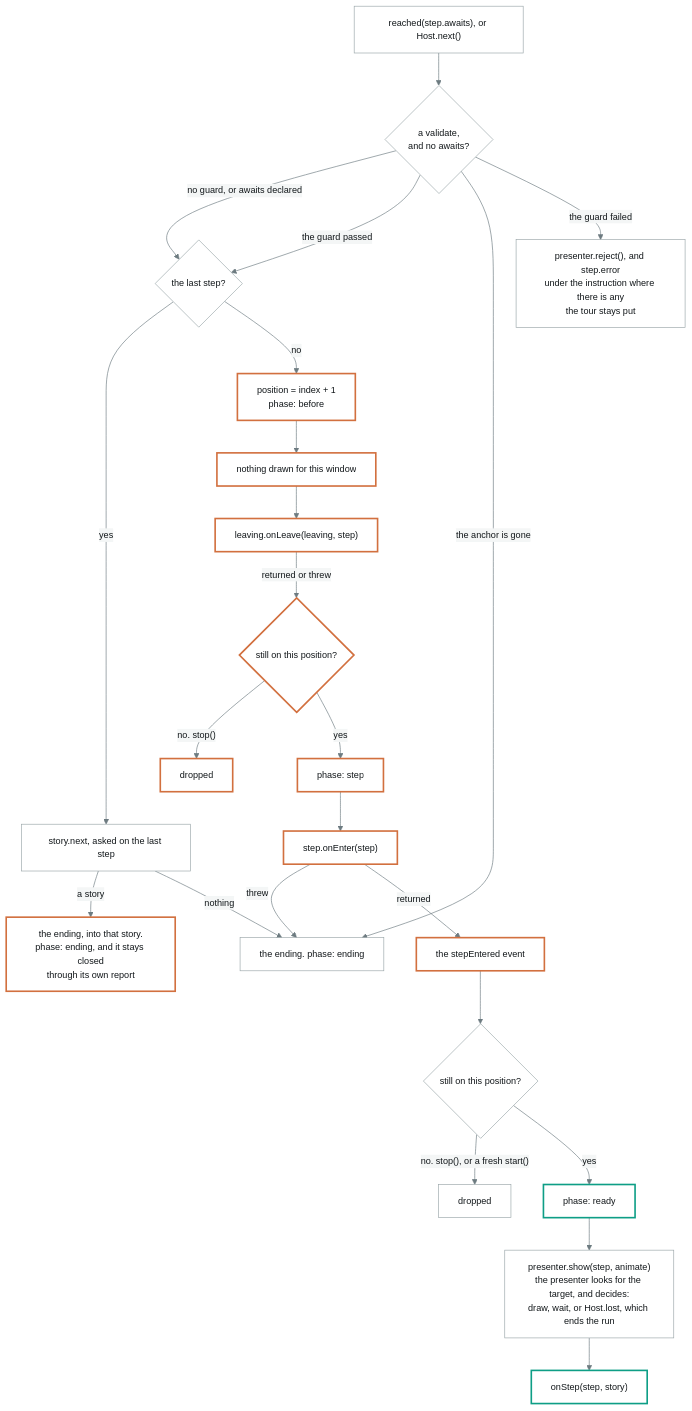
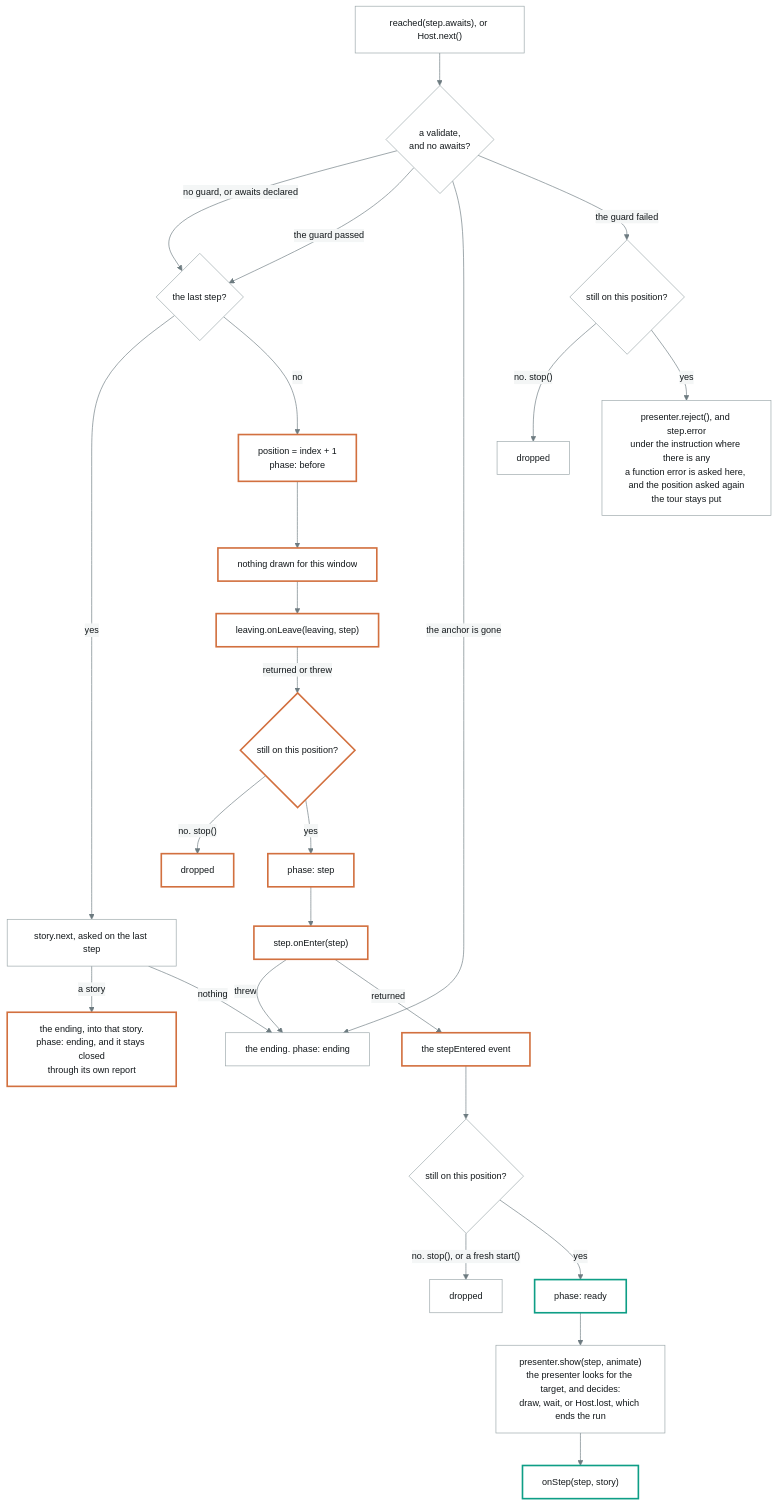
Before and after one commit to annetaan/leko: the second of 2 diagrams in packages/machine/model/phases.md, drawn with Mermaid. The commit also changed other lines of this file and 66 other files, not shown here.

````diff
--- a/packages/machine/model/phases.md
+++ b/packages/machine/model/phases.md
@@ -120,31 +132,33 @@
 ```mermaid
 %%{init: {'theme':'base','themeVariables':{'background':'#F4F6F6','primaryColor':'#FFFFFF','primaryTextColor':'#12171A','primaryBorderColor':'#9AA6A9','lineColor':'#6D7B80','textColor':'#12171A','edgeLabelBackground':'#F4F6F6','tertiaryColor':'#E9EDED','tertiaryTextColor':'#12171A','fontSize':'14px'}}}%%
 flowchart TD
   A["reached(step.awaits), or Host.next()"] --> V{"a validate,<br>and no awaits?"}
   V -- "no guard, or awaits declared" --> B{"the last step?"}
   V -- "the guard passed" --> B
   V -- "the anchor is gone" --> Z["the ending. phase: ending"]
-  V -- "the guard failed" --> S["presenter.reject(), and step.error<br>under the instruction where there is any<br>the tour stays put"]
+  V -- "the guard failed" --> R{"still on this position?"}
+  R -- "no. stop()" --> W2["dropped"]
+  R -- "yes" --> S["presenter.reject(), and step.error<br>under the instruction where there is any<br>a function error is asked here, and the position asked again<br>the tour stays put"]
   B -- "yes" --> N["story.next, asked on the last step"]
   N -- "a story" --> Y["the ending, into that story.<br>phase: ending, and it stays closed<br>through its own report"]
   N -- "nothing" --> Z
   B -- "no" --> C["position = index + 1<br>phase: before"]
   C --> D["nothing drawn for this window"]
   D --> E["leaving.onLeave(leaving, step)"]
   E -- "returned or threw" --> G{"still on this position?"}
   G -- "no. stop()" --> W["dropped"]
   G -- "yes" --> K["phase: step"]
   K --> F["step.onEnter(step)"]
   F -- "threw" --> Z
   F -- "returned" --> H["the stepEntered event"]
   H --> I{"still on this position?"}
   I -- "no. stop(), or a fresh start()" --> X["dropped"]
   I -- "yes" --> J["phase: ready"]
   J --> M["presenter.show(step, animate)<br>the presenter looks for the target, and decides:<br>draw, wait, or Host.lost, which ends the run"]
   M --> P["onStep(step, story)"]
 
   classDef open stroke:#0E9E86,stroke-width:2.5px
   classDef shut stroke:#D2703F,stroke-width:2.5px
   class C,D,E,G,W,K,F,H,Y shut
   class J,P open
 ```
````
